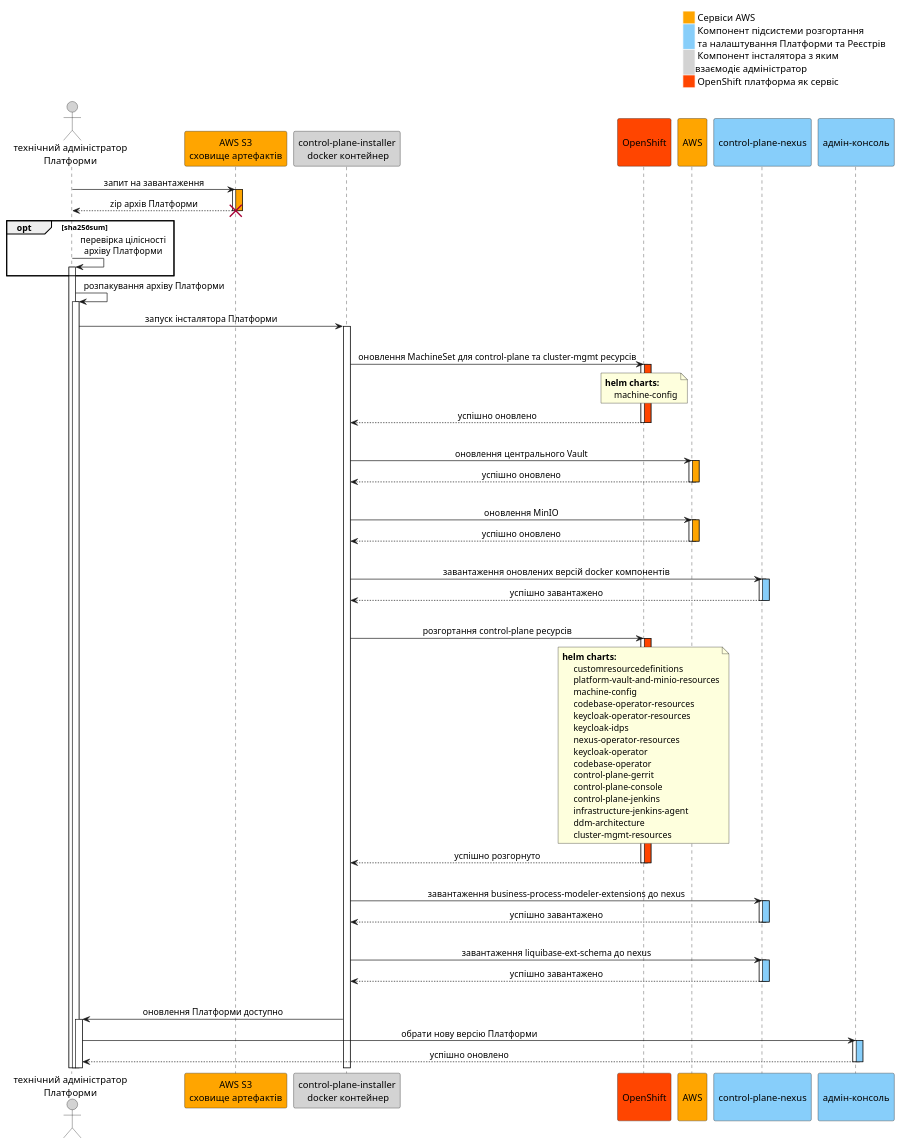
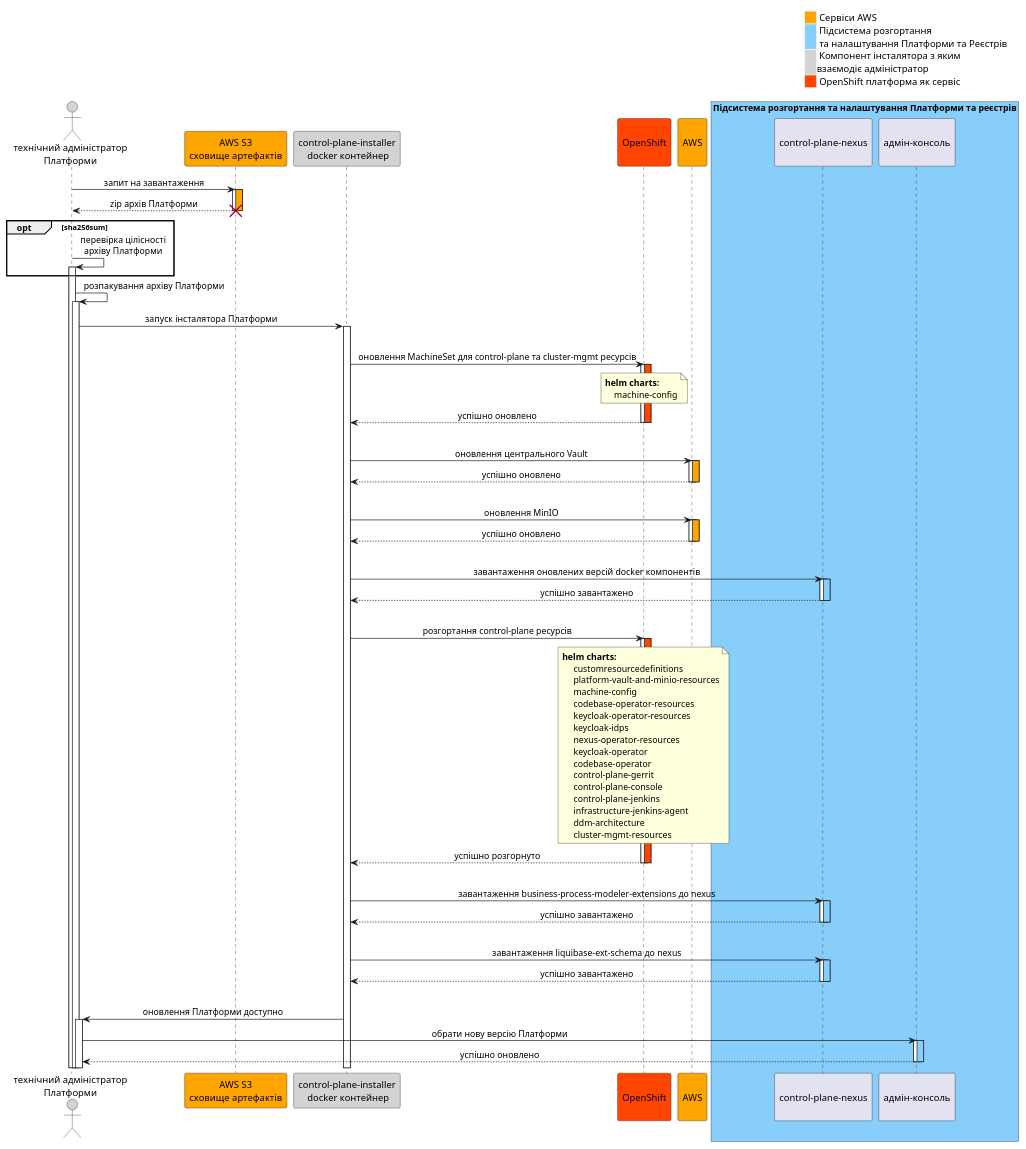
Before and after one commit to epam/edp-ddm-architecture: the second of 2 diagrams in modules/arch/pages/architecture/maintenance/control-plane-installer/overview.adoc, drawn with PlantUML. The commit also changed 1 other file, not shown here.

Commit message:
[EDP-DDM-24565] Update sequence diagram

```diff
--- a/modules/arch/pages/architecture/maintenance/control-plane-installer/overview.adoc
+++ b/modules/arch/pages/architecture/maintenance/control-plane-installer/overview.adoc
@@ -190,7 +190,7 @@
 
 legend top right
     <#FFFFFF,#FFFFFF>|<#orange>| Сервіси AWS|
-    |<#lightskyblue>     | Компонент підсистеми розгортання\n та налаштування Платформи та Реєстрів|
+    |<#lightskyblue>     | Підсистема розгортання\n та налаштування Платформи та Реєстрів|
     |<#lightgray>| Компонент інсталятора з яким\nвзаємодіє адміністратор|
     |<#orangered>| OpenShift платформа як сервіс|
 end legend
@@ -200,8 +200,10 @@
 participant "control-plane-installer\n docker контейнер" as installer #lightgray
 participant "\nOpenShift\n" as okd #orangered
 participant "\nAWS\n" as aws #orange
-participant "\ncontrol-plane-nexus\n" as nexus #lightskyblue
-participant "\nадмін-консоль\n" as console #lightskyblue
+box "Підсистема розгортання та налаштування Платформи та реєстрів" #lightskyblue
+participant "\ncontrol-plane-nexus\n" as nexus
+participant "\nадмін-консоль\n" as console
+end box
 
 admin -> s3: запит на завантаження
 activate s3 #orange
```
